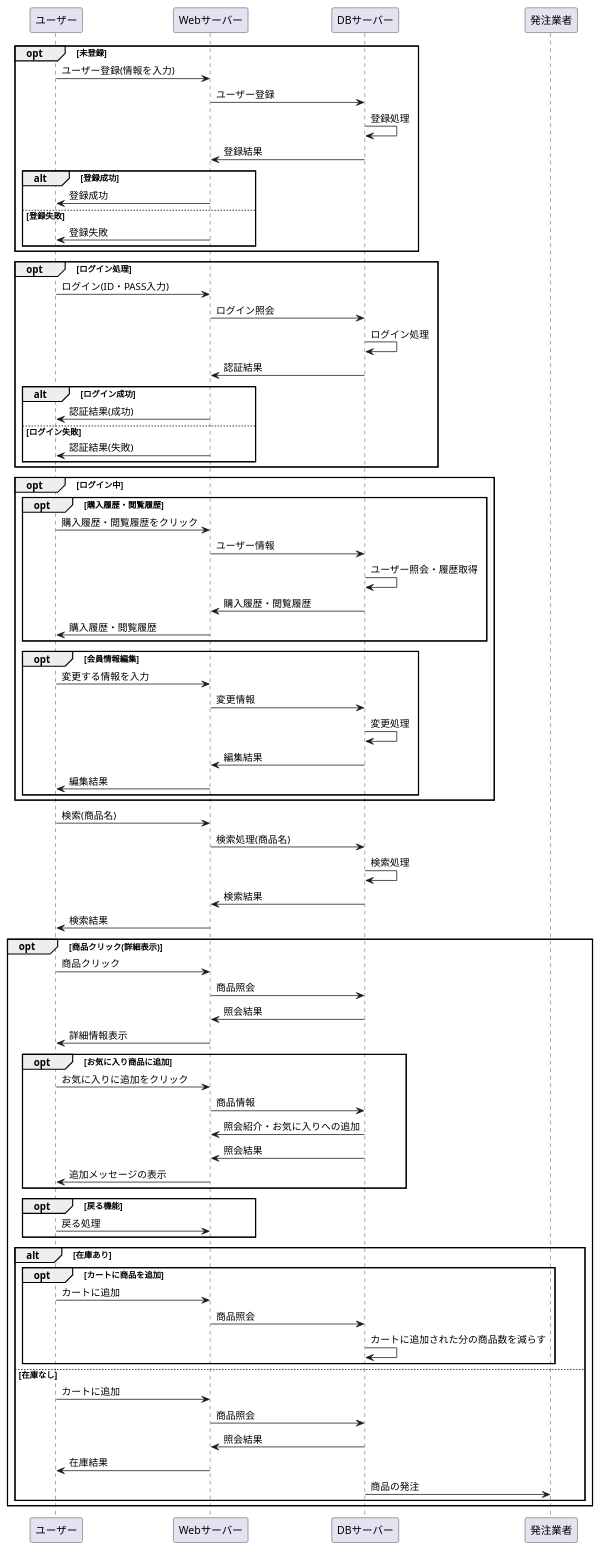
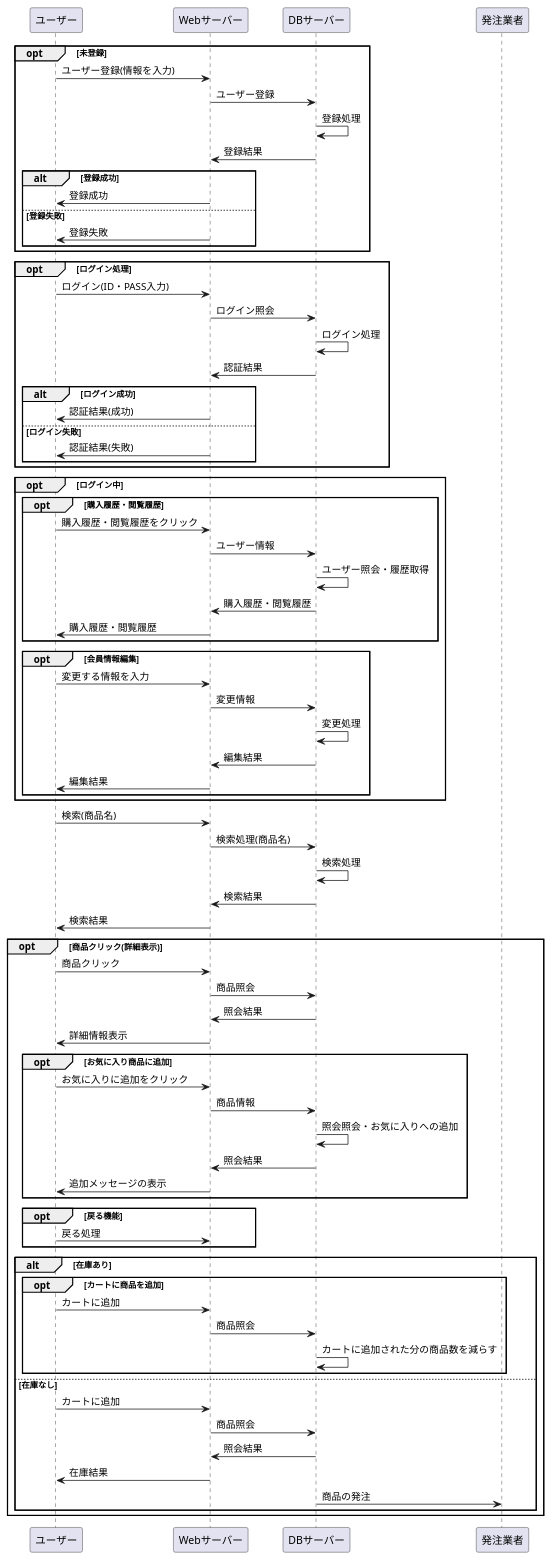
Before and after one commit to Aso2001163/2021sys-design-2: the diagram in システム開発/業務フロー.md, drawn with PlantUML.

```diff
--- a/システム開発/業務フロー.md
+++ b/システム開発/業務フロー.md
@@ -64,7 +64,7 @@
 opt お気に入り商品に追加
 ユーザー -> Webサーバー : お気に入りに追加をクリック
 Webサーバー -> DBサーバー : 商品情報
-DBサーバー -> Webサーバー : 照会紹介・お気に入りへの追加
+DBサーバー -> DBサーバー : 照会照会・お気に入りへの追加
 DBサーバー -> Webサーバー : 照会結果
 Webサーバー -> ユーザー : 追加メッセージの表示
 end
```
